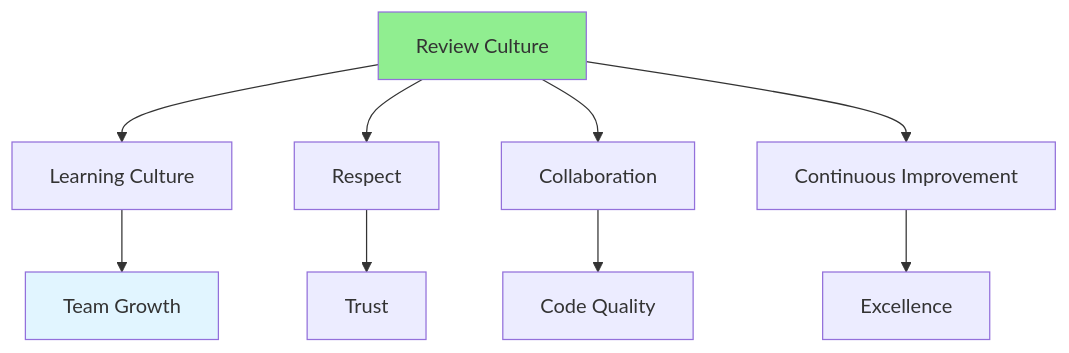
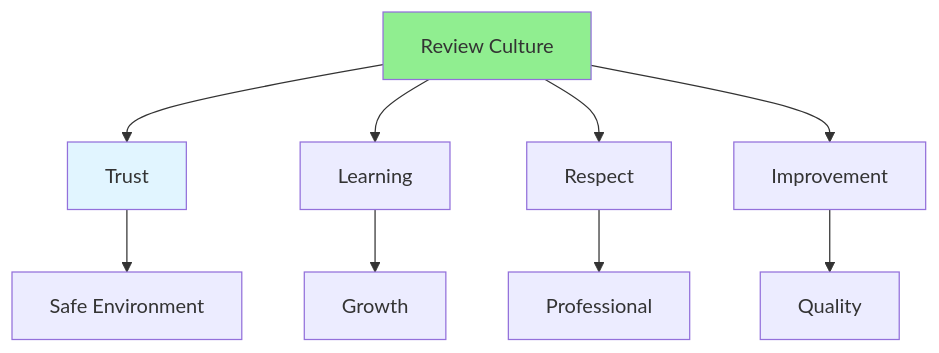
The diagram in Full-Stack-Guides/Group-08-Code-Review/08.14_Code_Review_Culture.md (iouthnamain/tech-note), drawn with Mermaid before and after one commit. The commit also changed other lines of this file and 480 other files, not shown here.

````diff
--- a/Full-Stack-Guides/Group-08-Code-Review/08.14_Code_Review_Culture.md
+++ b/Full-Stack-Guides/Group-08-Code-Review/08.14_Code_Review_Culture.md
@@ -22,15 +22,15 @@
 ```mermaid
 graph TD
-    Culture[Review Culture] --> Learning[Learning Culture]
+    Culture[Review Culture] --> Trust[Trust]
+    Culture --> Learning[Learning]
     Culture --> Respect[Respect]
-    Culture --> Collaboration[Collaboration]
-    Culture --> Improvement[Continuous Improvement]
+    Culture --> Improvement[Improvement]
     
-    Learning --> Growth[Team Growth]
-    Respect --> Trust[Trust]
-    Collaboration --> Quality[Code Quality]
-    Improvement --> Excellence[Excellence]
+    Trust --> Safe[Safe Environment]
+    Learning --> Growth[Growth]
+    Respect --> Professional[Professional]
+    Improvement --> Quality[Quality]
     
     style Culture fill:#90EE90
-    style Growth fill:#e1f5ff
+    style Trust fill:#e1f5ff
 ```
````
